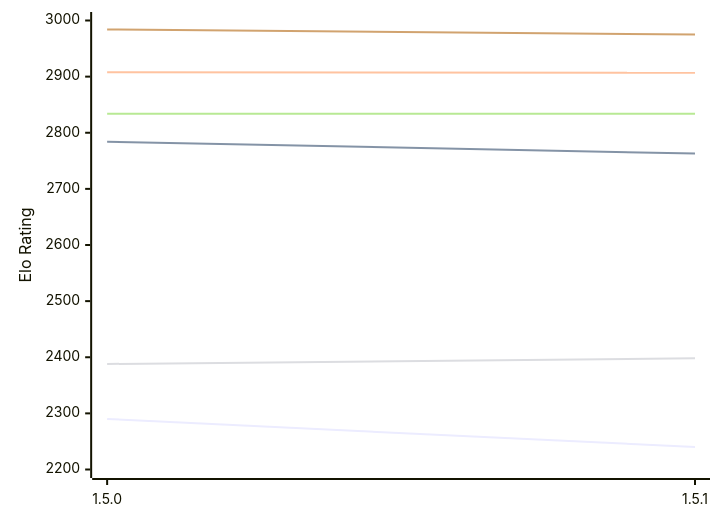
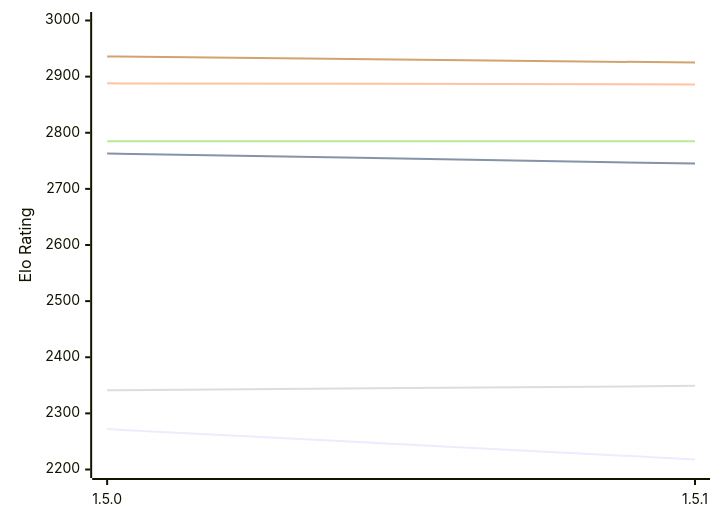
The first of 2 diagrams in engines/Coco.md (computer-chess-index/cci), drawn with Mermaid before and after one commit. The commit also changed other lines of this file, not shown here.

Commit message:
Update CCI Ratings (ELO VLTC) - 2026-11-08

````diff
--- a/engines/Coco.md
+++ b/engines/Coco.md
@@ -50,12 +50,12 @@
 ```mermaid
 %%{init: {"theme":"base","themeVariables":{"seriesColors:['#a3a3a3','#222221','#faa371']}}}%%
 xychart-beta
   x-axis ["1.5.0", "1.5.1"]
   y-axis "Elo Rating" 2200 --> 3000
-  line "E1: STC (8.0+0.08s)" [2290, 2240]
-  line "E1: LTC (60.0+0.60s)" [2784, 2763]
-  line "E1: VLTC (2m24s+1.12s)" [2908, 2907]
-  line "P1: STC (8.0+0.08s)" [2388, 2398]
-  line "P1: LTC (60.0+0.60s)" [2834, 2834]
-  line "P1: VLTC (2m24s+1.12s)" [2984, 2975]
+  line "E1: STC (8.0+0.08s)" [2272, 2218]
+  line "E1: LTC (60.0+0.60s)" [2763, 2745]
+  line "E1: VLTC (2m24s+1.12s)" [2888, 2886]
+  line "P1: STC (8.0+0.08s)" [2341, 2349]
+  line "P1: LTC (60.0+0.60s)" [2785, 2785]
+  line "P1: VLTC (2m24s+1.12s)" [2936, 2925]
 ```
````
